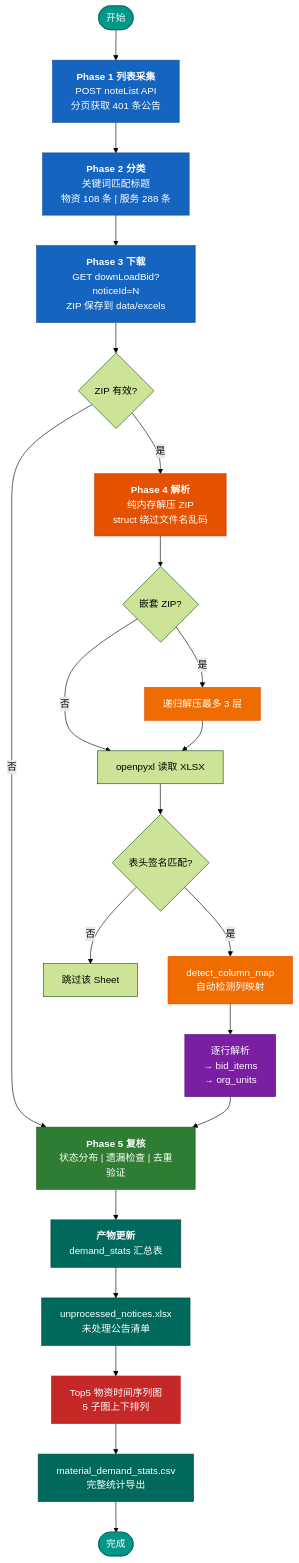
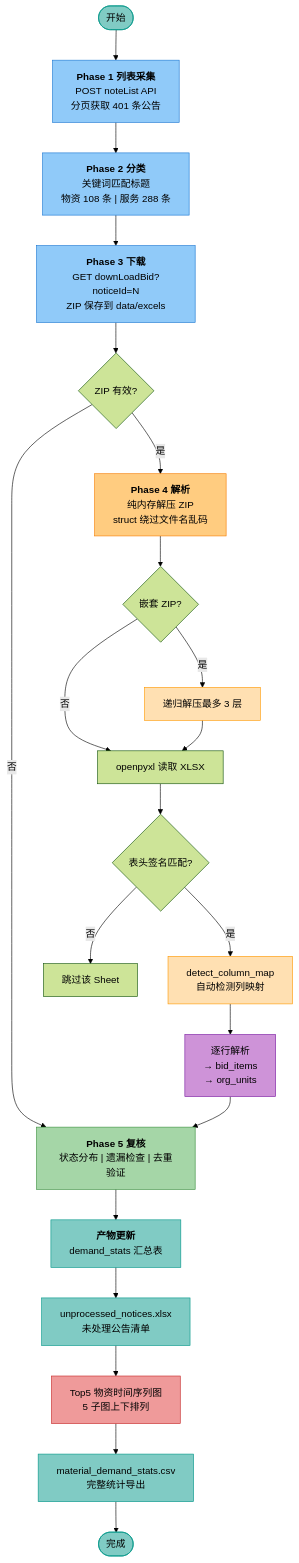
Before and after one commit to lilacseeking/bidding-ecp-data: the second of 6 diagrams in README.md, drawn with Mermaid (forest theme). The commit also changed other lines of this file, not shown here.

Commit message:
style: 移除全部白字, 改用Material Design浅色填充+深色默认文字
所有mermaid style节点:
- fill改为200-300色阶 (浅色背景)
- stroke保留深色描边
- 文字使用主题默认深色 (不再显式指定)

````diff
--- a/README.md
+++ b/README.md
@@ -109,42 +109,42 @@
 ```mermaid
 graph TB
     START([开始]) --> P1
 
     P1["<b>Phase 1 列表采集</b><br/>POST noteList API<br/>分页获取 401 条公告"] --> P2
     P2["<b>Phase 2 分类</b><br/>关键词匹配标题<br/>物资 108 条 | 服务 288 条"] --> P3
     P3["<b>Phase 3 下载</b><br/>GET downLoadBid?noticeId=N<br/>ZIP 保存到 data/excels"] --> P3X{ZIP 有效?}
     P3X -->|是| P4
     P3X -->|否| P5
 
     P4["<b>Phase 4 解析</b><br/>纯内存解压 ZIP<br/>struct 绕过文件名乱码"] --> P4A{嵌套 ZIP?}
     P4A -->|是| P4B[递归解压最多 3 层]
     P4A -->|否| P4C[openpyxl 读取 XLSX]
     P4B --> P4C
     P4C --> P4D{表头签名匹配?}
     P4D -->|是| P4E[detect_column_map<br/>自动检测列映射]
     P4D -->|否| P4F[跳过该 Sheet]
     P4E --> P4G["逐行解析<br/>→ bid_items<br/>→ org_units"]
     P4G --> P5
 
     P5["<b>Phase 5 复核</b><br/>状态分布 | 遗漏检查 | 去重验证"] --> O1
 
     O1["<b>产物更新</b><br/>demand_stats 汇总表"] --> O2
     O2["unprocessed_notices.xlsx<br/>未处理公告清单"] --> O3
     O3["Top5 物资时间序列图<br/>5 子图上下排列"] --> O4
     O4["material_demand_stats.csv<br/>完整统计导出"] --> END([完成])
 
-    style START fill:#009688,color:#fff,stroke:#00695C
-    style P1 fill:#1565C0,color:#fff,stroke:#0D47A1
-    style P2 fill:#1565C0,color:#fff,stroke:#0D47A1
-    style P3 fill:#1565C0,color:#fff,stroke:#0D47A1
-    style P4 fill:#E65100,color:#fff,stroke:#BF360C
-    style P4B fill:#EF6C00,color:#fff,stroke:#E65100
-    style P4E fill:#EF6C00,color:#fff,stroke:#E65100
-    style P4G fill:#7B1FA2,color:#fff,stroke:#4A148C
-    style P5 fill:#2E7D32,color:#fff,stroke:#1B5E20
-    style O1 fill:#00695C,color:#fff,stroke:#004D40
-    style O2 fill:#00695C,color:#fff,stroke:#004D40
-    style O3 fill:#C62828,color:#fff,stroke:#B71C1C
-    style O4 fill:#00695C,color:#fff,stroke:#004D40
-    style END fill:#009688,color:#fff,stroke:#00695C
+    style START fill:#80CBC4,stroke:#009688
+    style P1 fill:#90CAF9,stroke:#1976D2
+    style P2 fill:#90CAF9,stroke:#1976D2
+    style P3 fill:#90CAF9,stroke:#1976D2
+    style P4 fill:#FFCC80,stroke:#F57C00
+    style P4B fill:#FFE0B2,stroke:#FF9800
+    style P4E fill:#FFE0B2,stroke:#FF9800
+    style P4G fill:#CE93D8,stroke:#7B1FA2
+    style P5 fill:#A5D6A7,stroke:#388E3C
+    style O1 fill:#80CBC4,stroke:#009688
+    style O2 fill:#80CBC4,stroke:#009688
+    style O3 fill:#EF9A9A,stroke:#C62828
+    style O4 fill:#80CBC4,stroke:#009688
+    style END fill:#80CBC4,stroke:#009688
 ```
````
